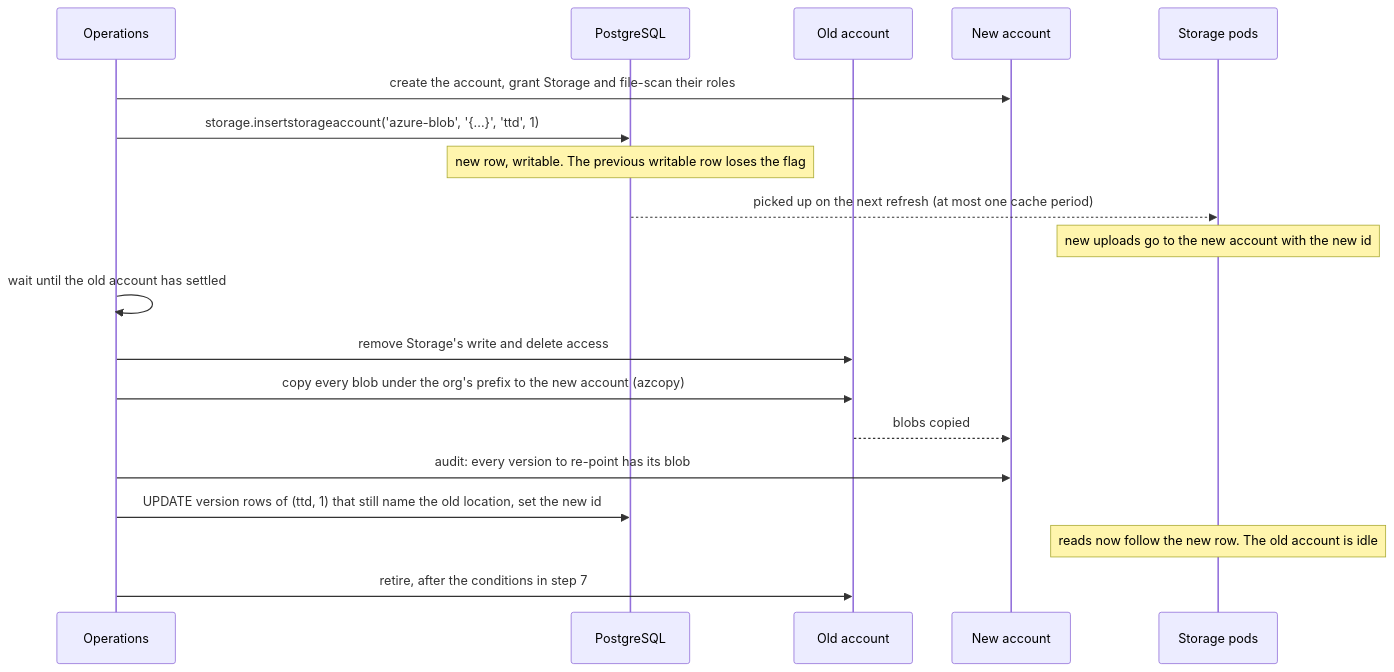
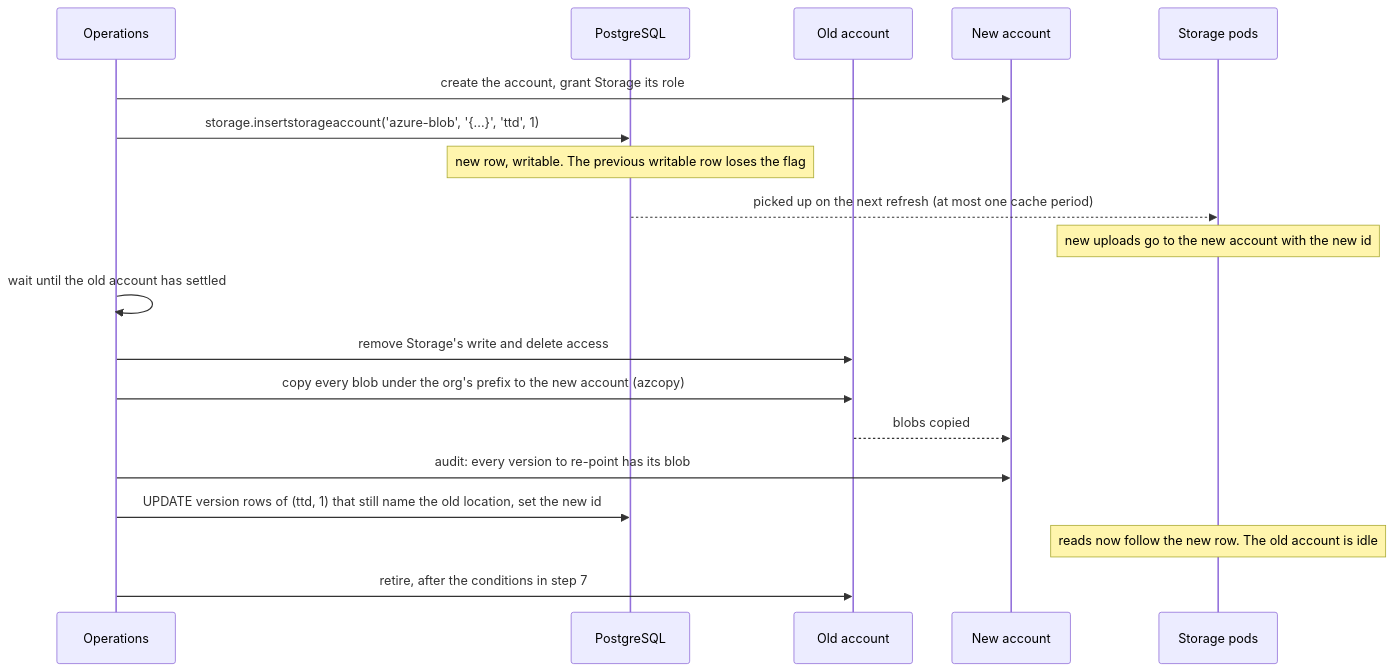
One commit to Altinn/altinn-storage changed the fifth of 5 diagrams in docs/storage-accounts.md. Above: the diagram before and after it, drawn with Mermaid. The commit also changed other lines of this file and 11 other files, not shown here.

````diff
--- a/docs/storage-accounts.md
+++ b/docs/storage-accounts.md
@@ -231,22 +232,22 @@
 ```mermaid
 sequenceDiagram
     participant Ops as Operations
     participant DB as PostgreSQL
     participant Old as Old account
     participant New as New account
     participant Pods as Storage pods
 
-    Ops->>New: create the account, grant Storage and file-scan their roles
+    Ops->>New: create the account, grant Storage its role
     Ops->>DB: storage.insertstorageaccount('azure-blob', '{...}', 'ttd', 1)
     Note over DB: new row, writable. The previous writable row loses the flag
     DB-->>Pods: picked up on the next refresh (at most one cache period)
     Note over Pods: new uploads go to the new account with the new id
     Ops->>Ops: wait until the old account has settled
     Ops->>Old: remove Storage's write and delete access
     Ops->>Old: copy every blob under the org's prefix to the new account (azcopy)
     Old-->>New: blobs copied
     Ops->>New: audit: every version to re-point has its blob
     Ops->>DB: UPDATE version rows of (ttd, 1) that still name the old location, set the new id
     Note over Pods: reads now follow the new row. The old account is idle
     Ops->>Old: retire, after the conditions in step 7
 ```
````
